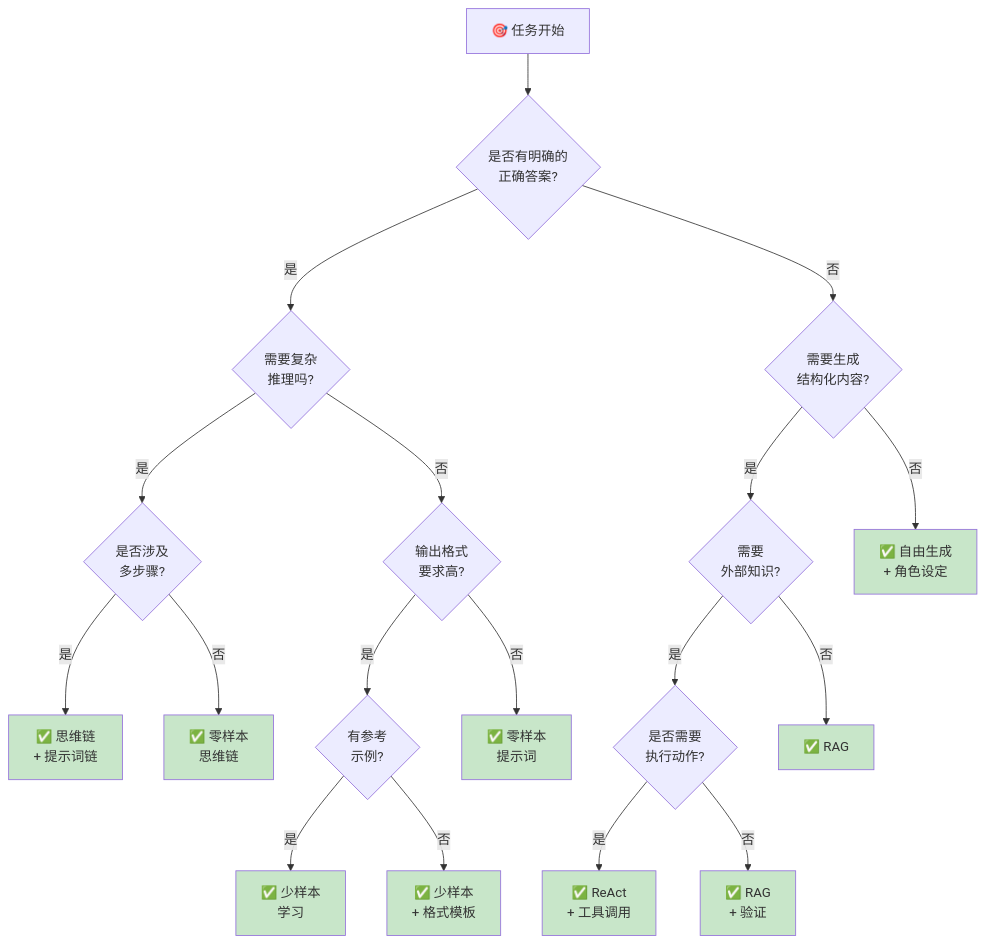
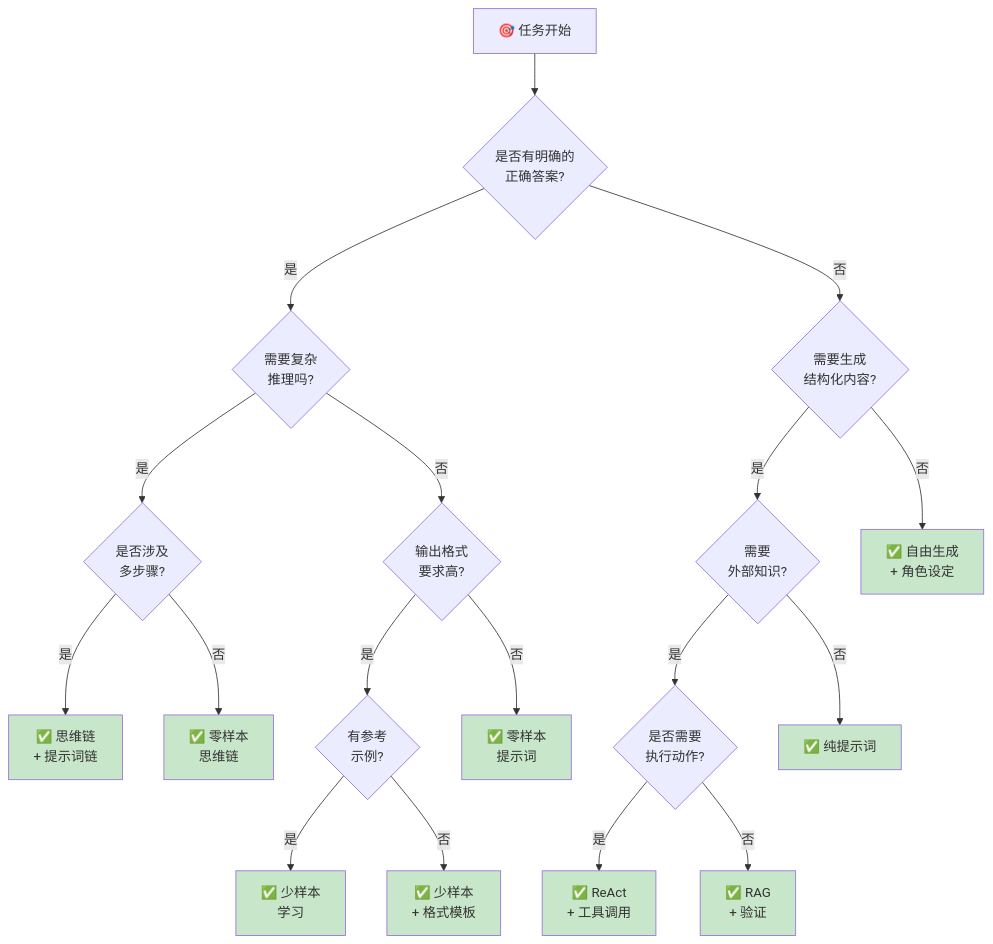
Before and after one commit to yeasy/prompt_engineering_guide: the diagram in appendix/f_decision_tree.md, drawn with Mermaid. The commit also changed 9 other files, not shown here.

````diff
--- a/appendix/f_decision_tree.md
+++ b/appendix/f_decision_tree.md
@@ -9,38 +9,38 @@
 ```mermaid
 graph TD
     A["🎯 任务开始"] --> B{"是否有明确的<br/>正确答案?"}
 
     B -->|是| C{"需要复杂<br/>推理吗?"}
     B -->|否| D{"需要生成<br/>结构化内容?"}
 
     C -->|是| E{"是否涉及<br/>多步骤?"}
     C -->|否| F{"输出格式<br/>要求高?"}
 
     E -->|是| G["✅ 思维链<br/>+ 提示词链"]
     E -->|否| H["✅ 零样本<br/>思维链"]
 
     F -->|是| I{"有参考<br/>示例?"}
     F -->|否| J["✅ 零样本<br/>提示词"]
 
     I -->|是| K["✅ 少样本<br/>学习"]
     I -->|否| L["✅ 少样本<br/>+ 格式模板"]
 
     D -->|是| M{"需要<br/>外部知识?"}
     D -->|否| N["✅ 自由生成<br/>+ 角色设定"]
 
     M -->|是| O{"是否需要<br/>执行动作?"}
-    M -->|否| P["✅ RAG"]
+    M -->|否| P["✅ 纯提示词"]
 
     O -->|是| Q["✅ ReAct<br/>+ 工具调用"]
     O -->|否| R["✅ RAG<br/>+ 验证"]
 
     style G fill:#c8e6c9
     style H fill:#c8e6c9
     style J fill:#c8e6c9
     style K fill:#c8e6c9
     style L fill:#c8e6c9
     style N fill:#c8e6c9
     style P fill:#c8e6c9
     style Q fill:#c8e6c9
     style R fill:#c8e6c9
 ```
````
